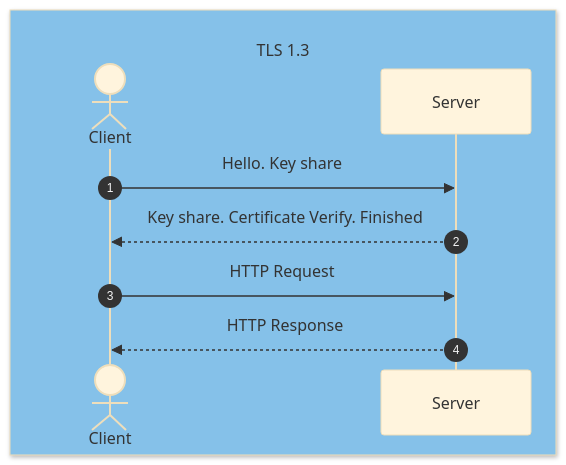
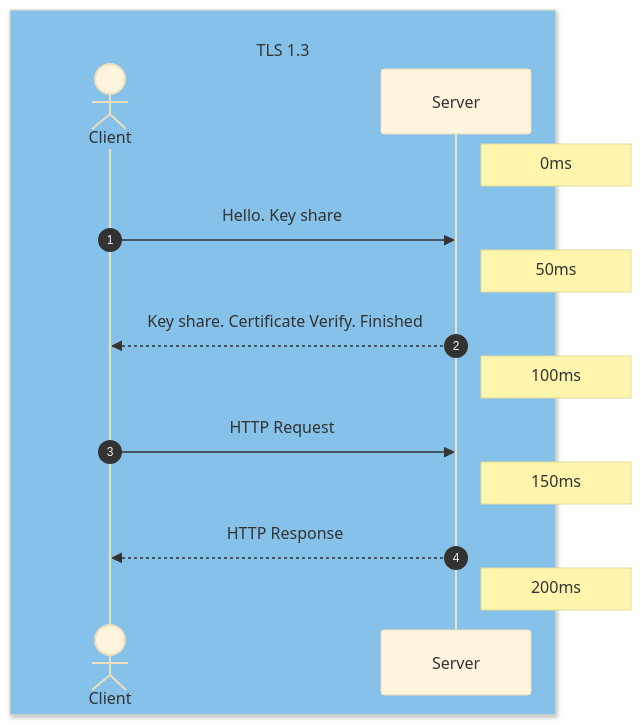
Before and after one commit to jtaverne/ovh: the second of 2 diagrams in tls_1.3.md, drawn with Mermaid.

````diff
--- a/tls_1.3.md
+++ b/tls_1.3.md
@@ -36,14 +36,19 @@
 ```mermaid
 %%{init: {'theme': 'base' } }%%
 sequenceDiagram
 autonumber
 box rgb( 133, 193, 233 ) <br/>TLS 1.3
     actor Client
     participant Server
 end
+Note right of Server: 0ms
 Client ->> Server : Hello. Key share
+Note right of Server: 50ms
 Server -->> Client : Key share. Certificate Verify. Finished
+Note right of Server: 100ms
 Client ->> Server : HTTP Request
+Note right of Server: 150ms
 Server -->> Client : HTTP Response
+Note right of Server: 200ms
 
 ```
````
